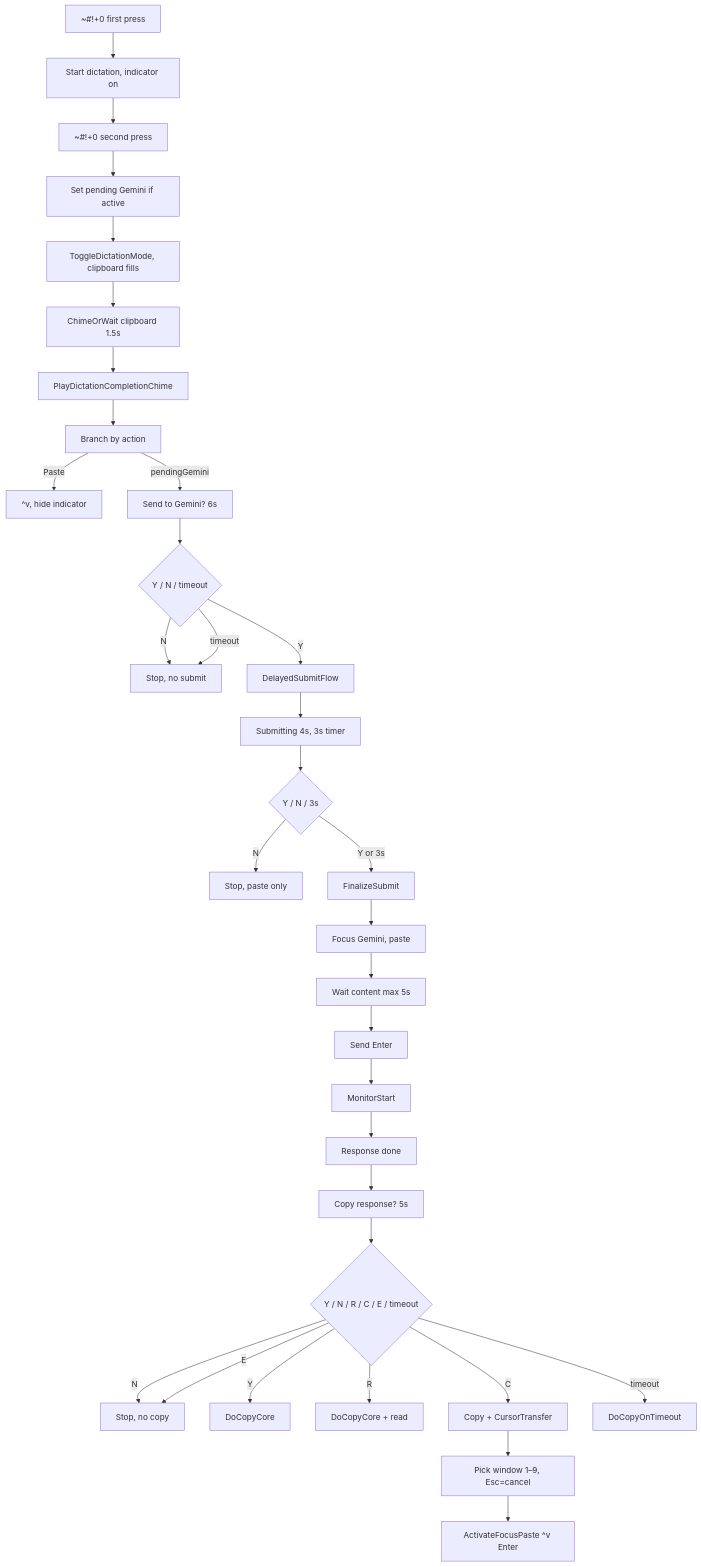
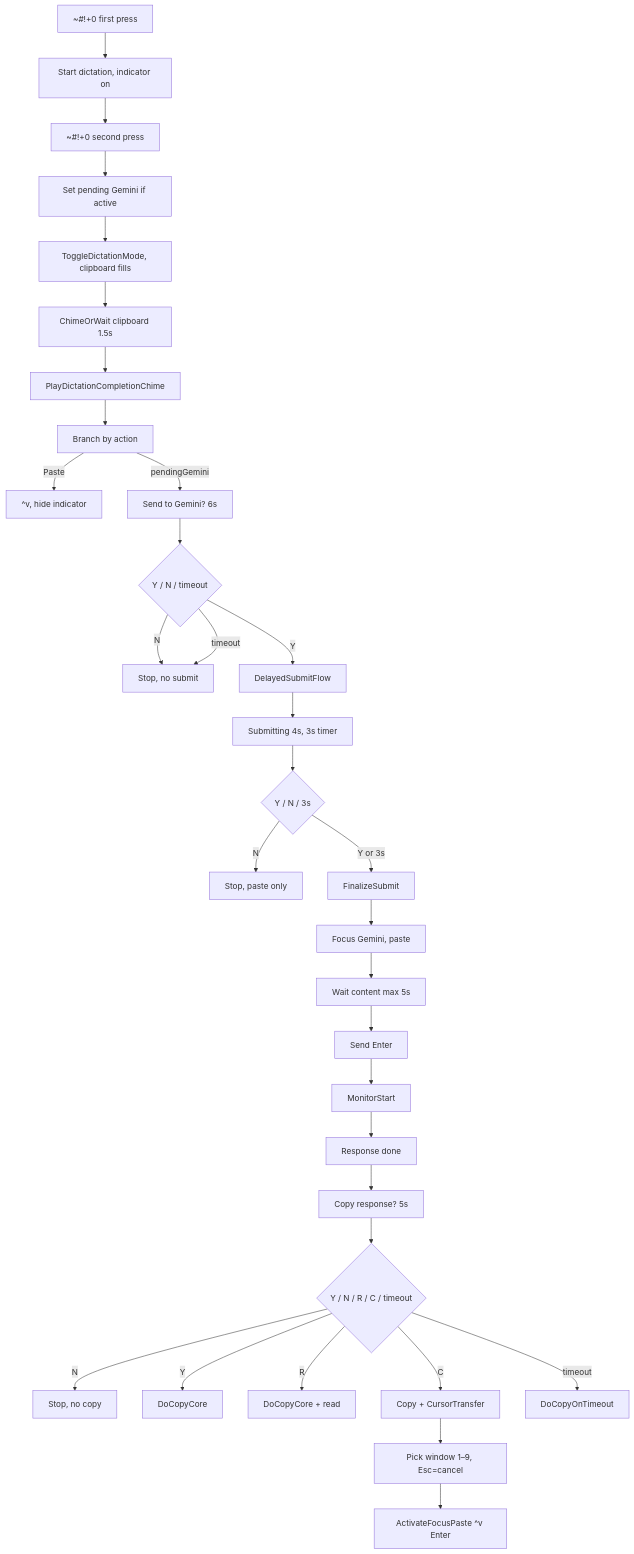
The first of 2 diagrams in docs/dictation-to-gemini-cursor-flow.md (duducm2/scripts), drawn with Mermaid before and after one commit. The commit also changed other lines of this file and 3 other files, not shown here.

````diff
--- a/docs/dictation-to-gemini-cursor-flow.md
+++ b/docs/dictation-to-gemini-cursor-flow.md
@@ -7,36 +7,35 @@
 ```mermaid
 flowchart TB
     H0["~#!+0 first press"]
     H0 --> StartDict["Start dictation, indicator on"]
     StartDict --> H0Stop["~#!+0 second press"]
     H0Stop --> SetPending["Set pending Gemini if active"]
     SetPending --> ToggleMode["ToggleDictationMode, clipboard fills"]
     ToggleMode --> WaitClip["ChimeOrWait clipboard 1.5s"]
     WaitClip --> PlayChime["PlayDictationCompletionChime"]
     PlayChime --> Branch["Branch by action"]
     Branch --> |"Paste"| PasteOnly["^v, hide indicator"]
     Branch --> |"pendingGemini"| ShowAndWait["Send to Gemini? 6s"]
     ShowAndWait --> User6s{"Y / N / timeout"}
     User6s --> |"N"| Stop6s["Stop, no submit"]
     User6s --> |"timeout"| Stop6s
     User6s --> |"Y"| DelayedFlow["DelayedSubmitFlow"]
     DelayedFlow --> Banner4s["Submitting 4s, 3s timer"]
     Banner4s --> User4s{"Y / N / 3s"}
     User4s --> |"N"| Stop4s["Stop, paste only"]
     User4s --> |"Y or 3s"| Finalize["FinalizeSubmit"]
     Finalize --> PasteGemini["Focus Gemini, paste"]
     PasteGemini --> WaitContent["Wait content max 5s"]
     WaitContent --> SendEnter["Send Enter"]
     SendEnter --> StartMonitor["MonitorStart"]
     StartMonitor --> ResponseDone["Response done"]
     ResponseDone --> BannerCopy["Copy response? 5s"]
-    BannerCopy --> UserCopy{"Y / N / R / C / E / timeout"}
+    BannerCopy --> UserCopy{"Y / N / R / C / timeout"}
     UserCopy --> |"N"| StopCopy["Stop, no copy"]
-    UserCopy --> |"E"| StopCopy
     UserCopy --> |"Y"| DoCopyOnly["DoCopyCore"]
     UserCopy --> |"R"| DoCopyRead["DoCopyCore + read"]
     UserCopy --> |"C"| DoTransfer["Copy + CursorTransfer"]
     UserCopy --> |"timeout"| DoCopyTimeout["DoCopyOnTimeout"]
     DoTransfer --> SelectWin["Pick window 1–9, Esc=cancel"]
     SelectWin --> ActivatePaste["ActivateFocusPaste ^v Enter"]
 ```
````
